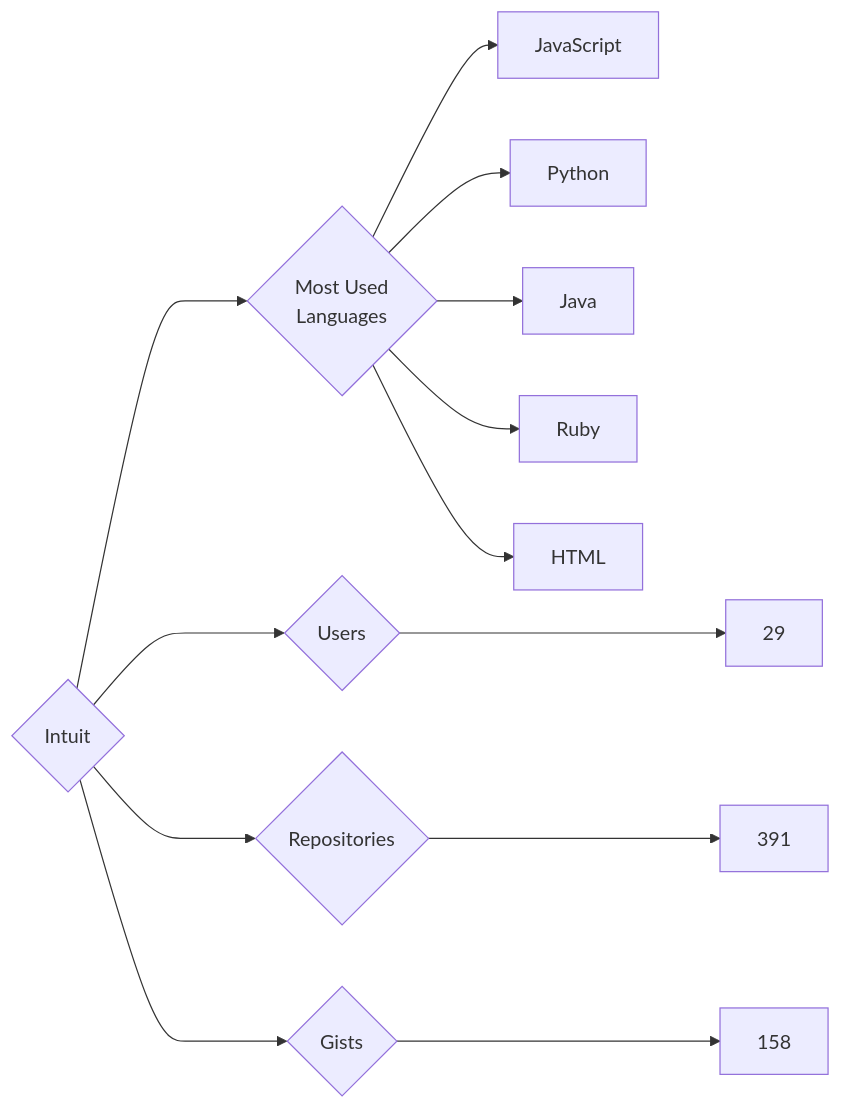
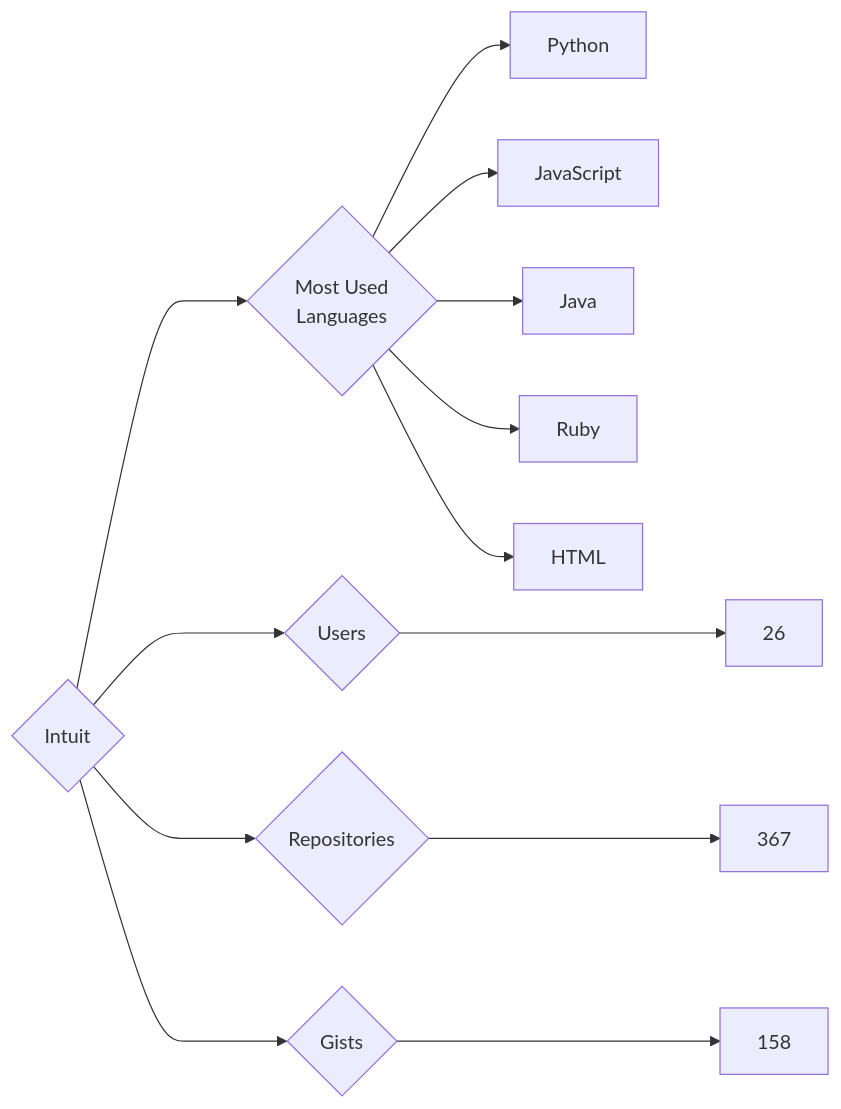
One commit to trickest/insiders changed the diagram in targets/Intuit/README.md. Above: the diagram before and after it, drawn with Mermaid. The commit also changed 1238 other files, not shown here.

````diff
--- a/targets/Intuit/README.md
+++ b/targets/Intuit/README.md
@@ -3,13 +3,13 @@
 ```mermaid
 graph LR
 COMPANY_NAME{Intuit}
-COMPANY_NAME ---> U{Users} ---> UN[29]
-COMPANY_NAME ---> R{Repositories} ---> RN[391]
+COMPANY_NAME ---> U{Users} ---> UN[26]
+COMPANY_NAME ---> R{Repositories} ---> RN[367]
 COMPANY_NAME ---> G{Gists} ---> GN[158]
 COMPANY_NAME ---> ML{Most Used<br>Languages}
+ML --> Python[Python]
 ML --> JavaScript[JavaScript]
-ML --> Python[Python]
 ML --> Java[Java]
 ML --> Ruby[Ruby]
 ML --> HTML[HTML]
 ```
````
